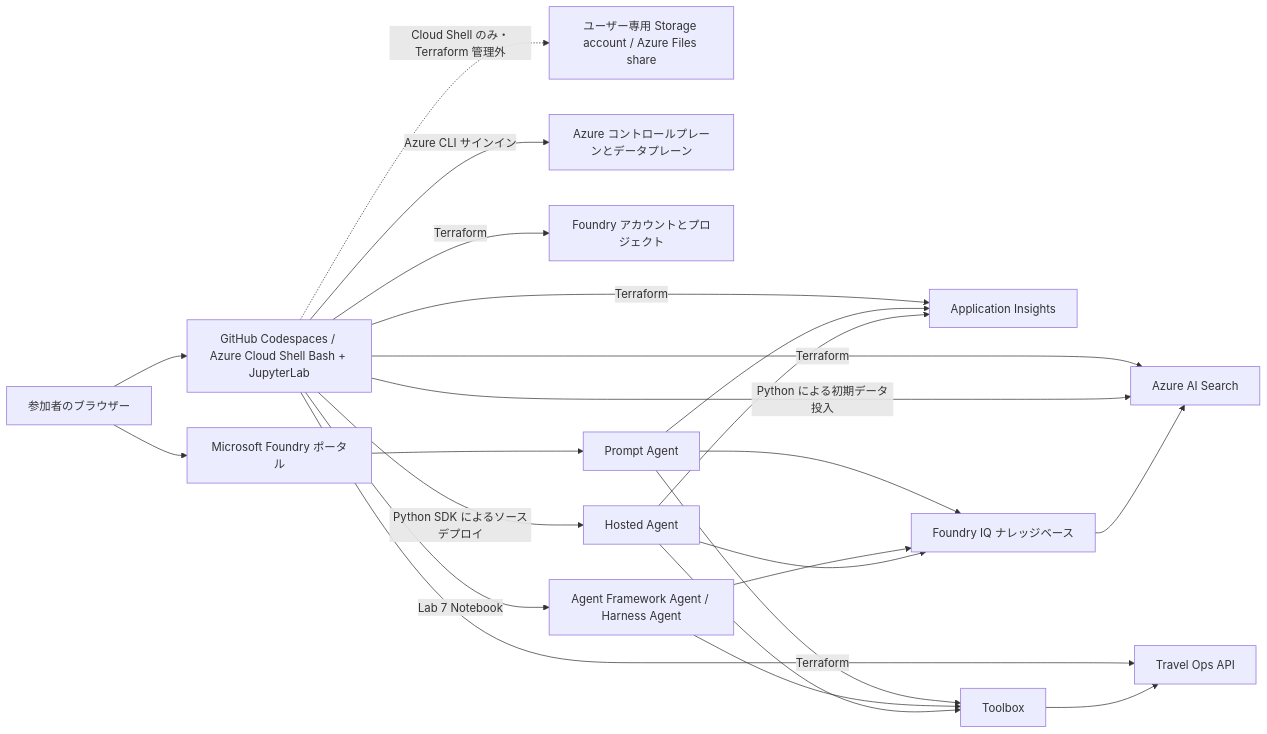
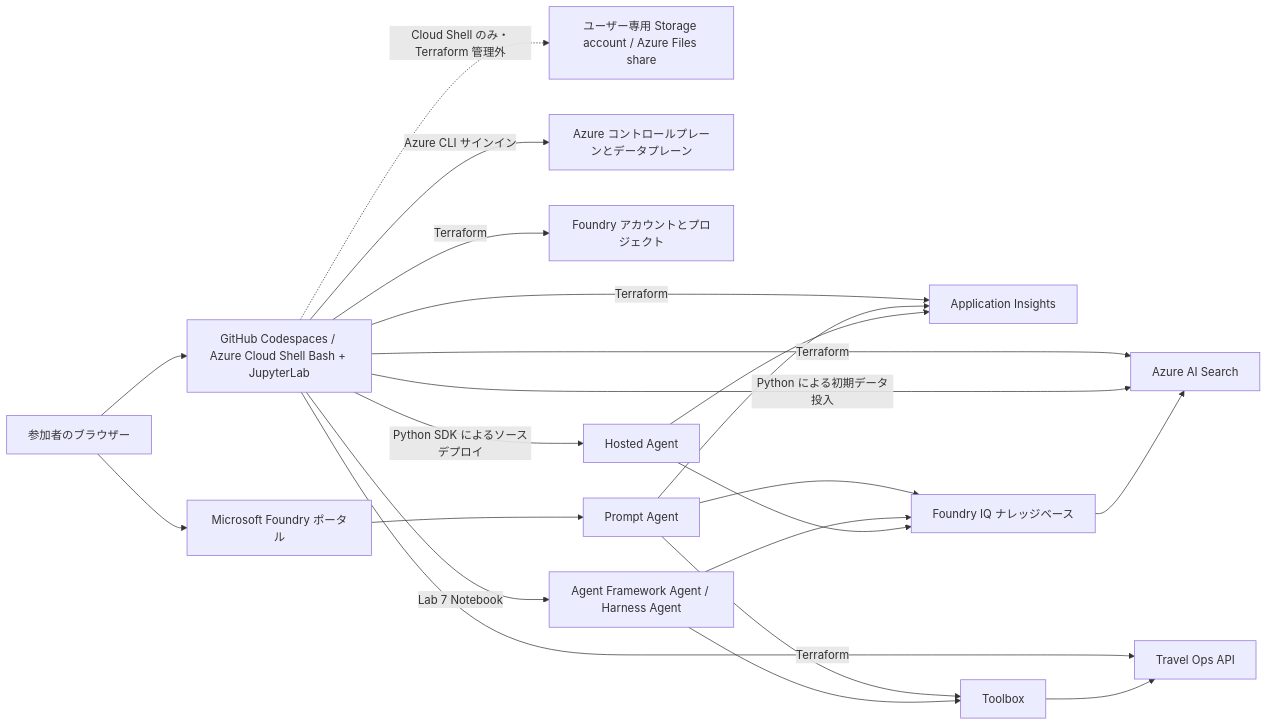
One commit to matayuuu/Microsoft-Foundry-Agent-Service-Handson changed the diagram in docs/architecture.md. Above: the diagram before and after it, drawn with Mermaid. The commit also changed other lines of this file and 33 other files, not shown here.

````diff
--- a/docs/architecture.md
+++ b/docs/architecture.md
@@ -37,25 +37,24 @@
 ```mermaid
 flowchart LR
     browser[参加者のブラウザー] --> portal[Microsoft Foundry ポータル]
     browser --> environment["GitHub Codespaces / Azure Cloud Shell Bash + JupyterLab"]
     environment -.->|Cloud Shell のみ・Terraform 管理外| shellstorage["ユーザー専用 Storage account / Azure Files share"]
     environment -->|Azure CLI サインイン| azure[Azure コントロールプレーンとデータプレーン]
     environment -->|Terraform| foundry[Foundry アカウントとプロジェクト]
     environment -->|Terraform| search[Azure AI Search]
     environment -->|Terraform| monitor[Application Insights]
     environment -->|Terraform| api[Travel Ops API]
     environment -->|Python による初期データ投入| search
     portal --> prompt[Prompt Agent]
     prompt --> iq[Foundry IQ ナレッジベース]
     iq --> search
     prompt --> toolbox[Toolbox]
     toolbox --> api
     environment -->|Lab 7 Notebook| codeagent[Agent Framework Agent / Harness Agent]
     codeagent --> iq
     codeagent --> toolbox
     environment -->|Python SDK によるソースデプロイ| hosted[Hosted Agent]
     hosted --> iq
-    hosted --> toolbox
     prompt --> monitor
     hosted --> monitor
 ```
````
